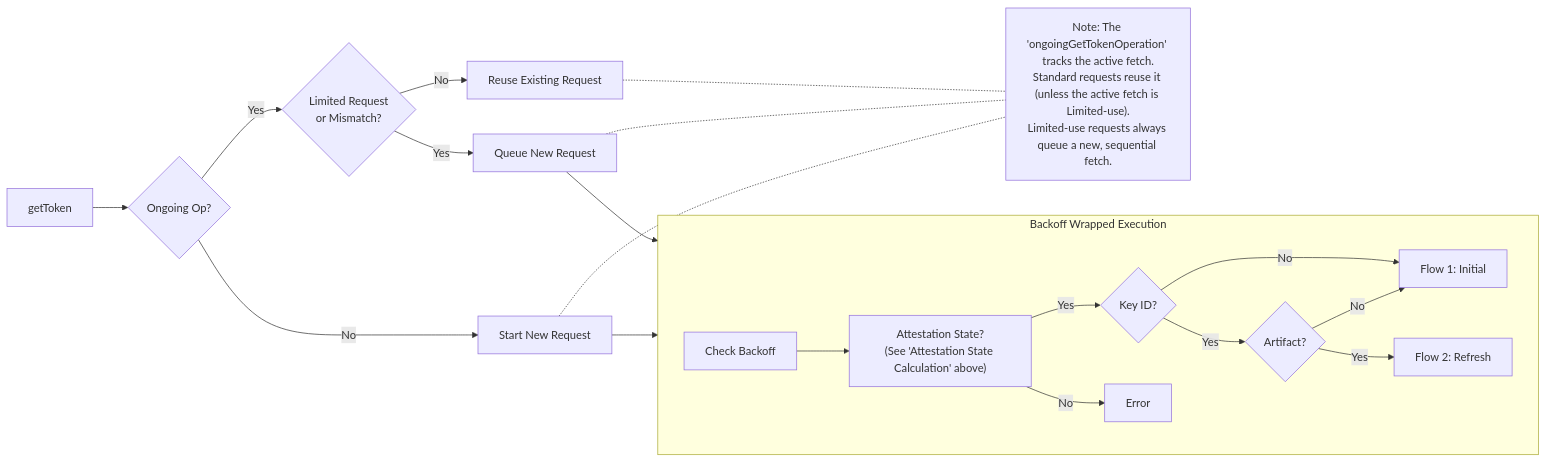
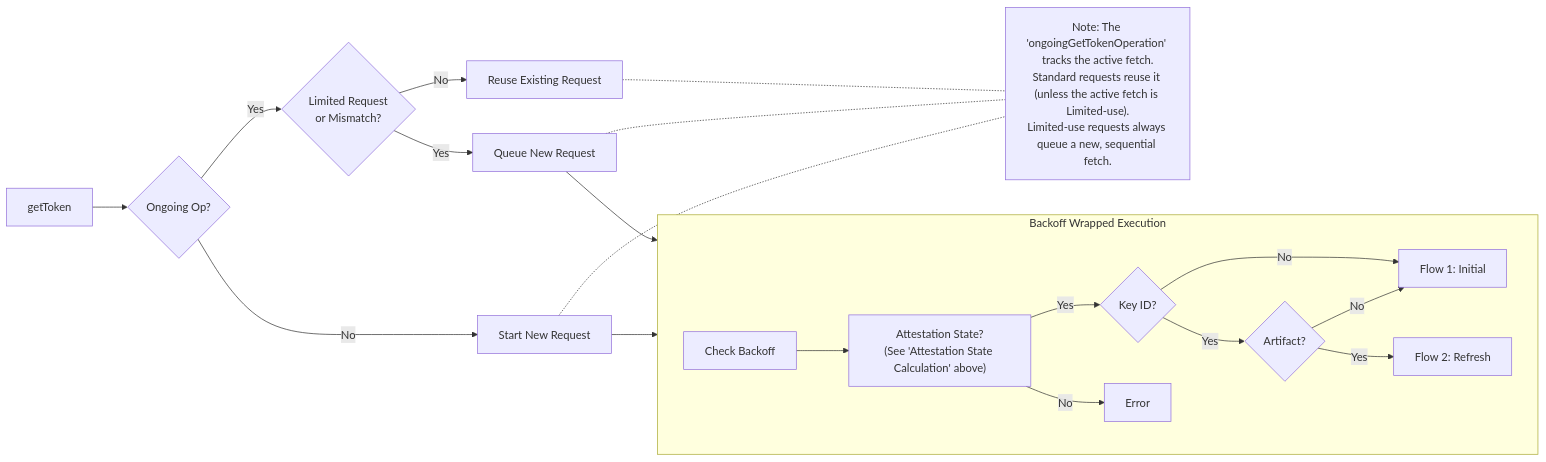
Before and after one commit to google/app-check: the second of 5 diagrams in docs/providers/app-attest.md, drawn with Mermaid.

````diff
--- a/docs/providers/app-attest.md
+++ b/docs/providers/app-attest.md
@@ -78,36 +80,35 @@
 ```mermaid
-%%{init: {"flowchart": {"diagramPadding": 100}}}%%
 flowchart LR
     Start[getToken] --> Ongoing{Ongoing Op?}
     
     Ongoing -- No --> StartNew[Start New Request]
     Ongoing -- Yes --> Conflict{Limited Request<br/>or Mismatch?}
     
     Conflict -- Yes --> Queue[Queue New Request]
     Conflict -- No --> Reuse[Reuse Existing Request]
     
     Queue --> Backoff
     StartNew --> Backoff
     
     subgraph Execution ["Backoff Wrapped Execution"]
         direction LR
         Backoff[Check Backoff]
         StateCheck["Attestation State?<br/>(See 'Attestation State Calculation' above)"]
         
         Backoff --> StateCheck
         
         StateCheck -->|Yes| KeyCheck{Key ID?}
         
         KeyCheck -- No --> Flow1[Flow 1: Initial]
         KeyCheck -- Yes --> ArtifactCheck{Artifact?}
         
         ArtifactCheck -- No --> Flow1
         ArtifactCheck -- Yes --> Flow2[Flow 2: Refresh]
 
         StateCheck -->|No| Error[Error]
     end
 
     Reuse -.- Footnote["Note: The 'ongoingGetTokenOperation' tracks the active fetch.<br/>Standard requests reuse it (unless the active fetch is Limited-use).<br/>Limited-use requests always queue a new, sequential fetch."]
     Queue -.- Footnote
     StartNew -.- Footnote
 ```
````
